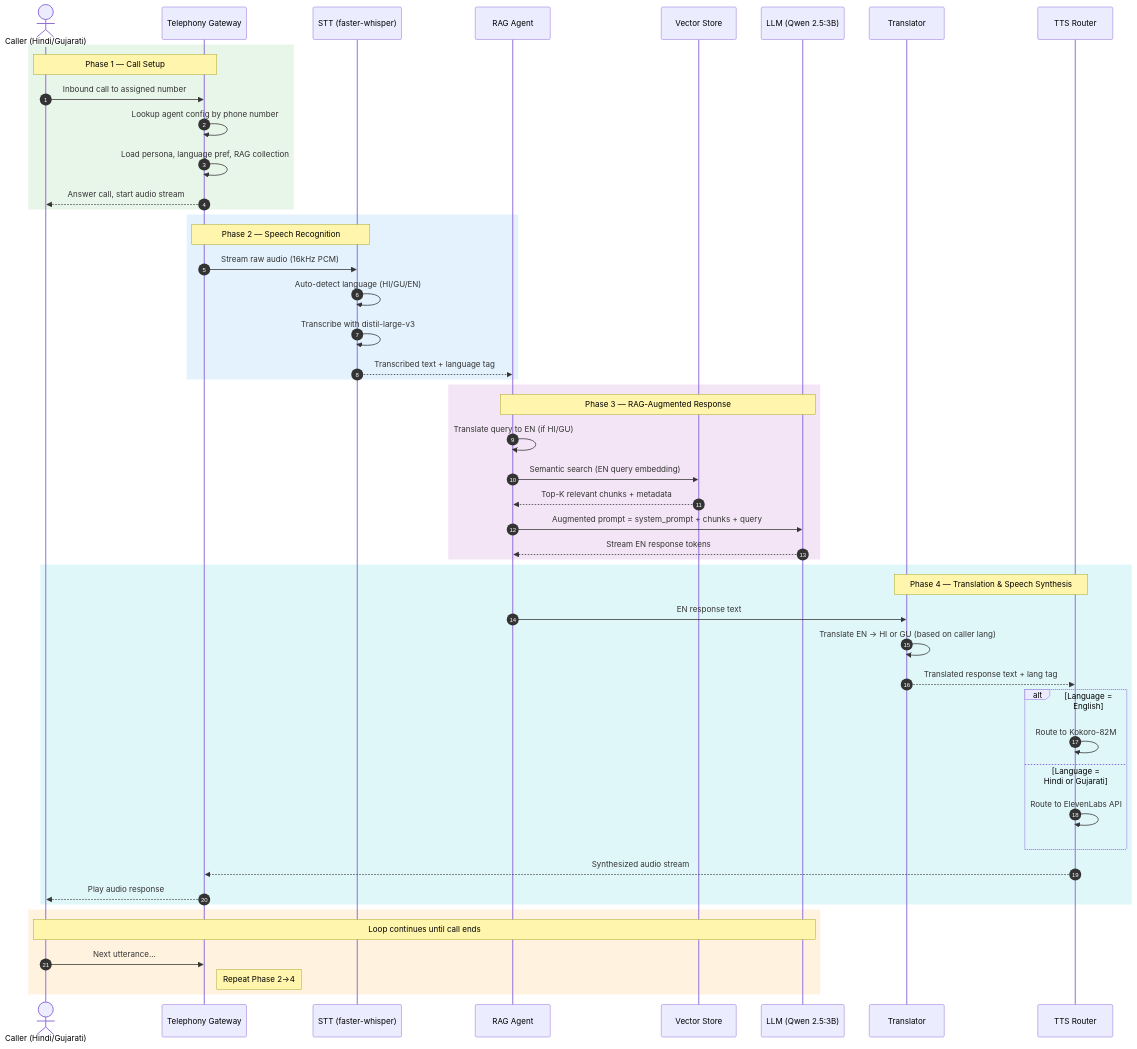
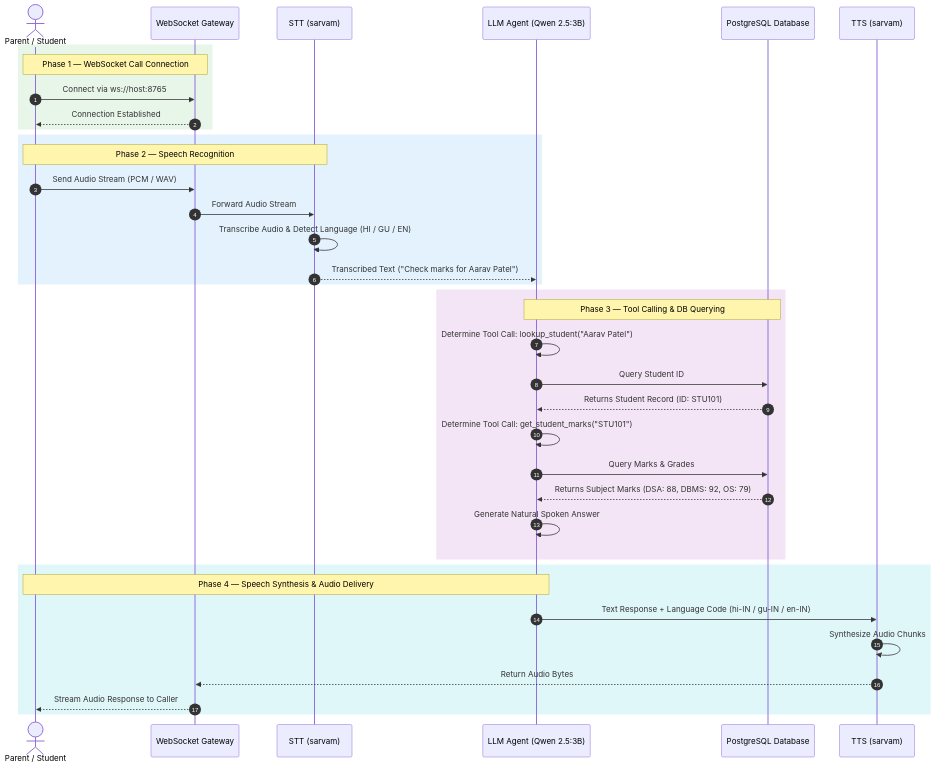
The second of 2 diagrams in project.mermaid (Shiv-61/Voice-Agent), drawn with Mermaid before and after one commit. The commit also changed other lines of this file and 13 other files, not shown here.

````diff
--- a/project.mermaid
+++ b/project.mermaid
@@ -205,59 +83,43 @@
 ```mermaid
 sequenceDiagram
     autonumber
-    actor Caller as Caller (Hindi/Gujarati)
-    participant Tel as Telephony Gateway
-    participant STT as STT (faster-whisper)
-    participant RAG as RAG Agent
-    participant VDB as Vector Store
-    participant LLM as LLM (Qwen 2.5:3B)
-    participant Trans as Translator
-    participant TTS as TTS Router
+    actor Parent as Parent / Student
+    participant WS as WebSocket Gateway
+    participant STT as STT (sarvam)
+    participant Agent as LLM Agent (Qwen 2.5:3B)
+    participant DB as PostgreSQL Database
+    participant TTS as TTS (sarvam)
 
     rect rgb(232, 245, 233)
-        Note over Caller, Tel: Phase 1 — Call Setup
-        Caller->>Tel: Inbound call to assigned number
-        Tel->>Tel: Lookup agent config by phone number
-        Tel->>Tel: Load persona, language pref, RAG collection
-        Tel-->>Caller: Answer call, start audio stream
+        Note over Parent, WS: Phase 1 — WebSocket Call Connection
+        Parent->>WS: Connect via ws://host:8765
+        WS-->>Parent: Connection Established
     end
 
     rect rgb(227, 242, 253)
-        Note over Tel, STT: Phase 2 — Speech Recognition
-        Tel->>STT: Stream raw audio (16kHz PCM)
-        STT->>STT: Auto-detect language (HI/GU/EN)
-        STT->>STT: Transcribe with distil-large-v3
-        STT-->>RAG: Transcribed text + language tag
+        Note over Parent, STT: Phase 2 — Speech Recognition
+        Parent->>WS: Send Audio Stream (PCM / WAV)
+        WS->>STT: Forward Audio Stream
+        STT->>STT: Transcribe Audio & Detect Language (HI / GU / EN)
+        STT-->>Agent: Transcribed Text ("Check marks for Aarav Patel")
     end
 
     rect rgb(243, 229, 245)
-        Note over RAG, LLM: Phase 3 — RAG-Augmented Response
-        RAG->>RAG: Translate query to EN (if HI/GU)
-        RAG->>VDB: Semantic search (EN query embedding)
-        VDB-->>RAG: Top-K relevant chunks + metadata
-        RAG->>LLM: Augmented prompt = system_prompt + chunks + query
-        LLM-->>RAG: Stream EN response tokens
+        Note over Agent, DB: Phase 3 — Tool Calling & DB Querying
+        Agent->>Agent: Determine Tool Call: lookup_student("Aarav Patel")
+        Agent->>DB: Query Student ID
+        DB-->>Agent: Returns Student Record (ID: STU101)
+        Agent->>Agent: Determine Tool Call: get_student_marks("STU101")
+        Agent->>DB: Query Marks & Grades
+        DB-->>Agent: Returns Subject Marks (DSA: 88, DBMS: 92, OS: 79)
+        Agent->>Agent: Generate Natural Spoken Answer
     end
 
     rect rgb(224, 247, 250)
-        Note over Trans, TTS: Phase 4 — Translation & Speech Synthesis
-        RAG->>Trans: EN response text
-        Trans->>Trans: Translate EN → HI or GU (based on caller lang)
-        Trans-->>TTS: Translated response text + lang tag
-
-        alt Language = English
-            TTS->>TTS: Route to Kokoro-82M
-        else Language = Hindi or Gujarati
-            TTS->>TTS: Route to ElevenLabs API
-        end
-
-        TTS-->>Tel: Synthesized audio stream
-        Tel-->>Caller: Play audio response
-    end
-
-    rect rgb(255, 243, 224)
-        Note over Caller, LLM: Loop continues until call ends
-        Caller->>Tel: Next utterance...
-        Note right of Tel: Repeat Phase 2→4
+        Note over Agent, Parent: Phase 4 — Speech Synthesis & Audio Delivery
+        Agent->>TTS: Text Response + Language Code (hi-IN / gu-IN / en-IN)
+        TTS->>TTS: Synthesize Audio Chunks
+        TTS-->>WS: Return Audio Bytes
+        WS-->>Parent: Stream Audio Response to Caller
     end
 ```
````
